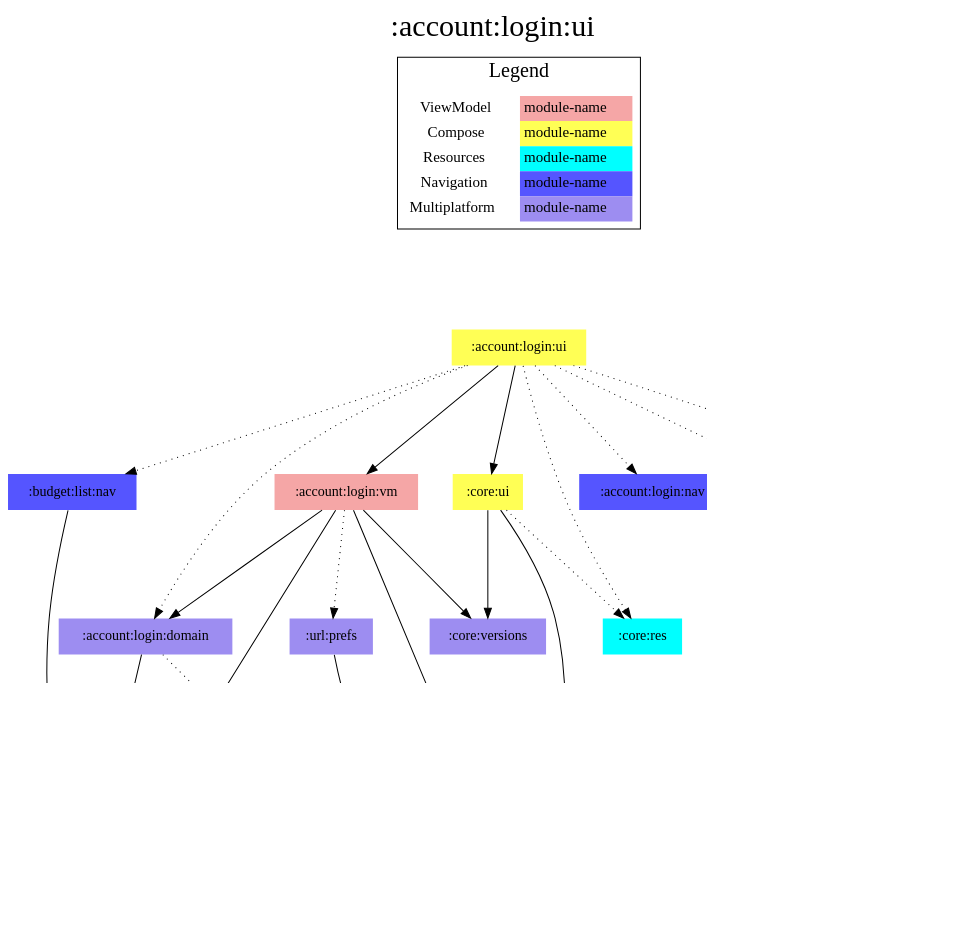
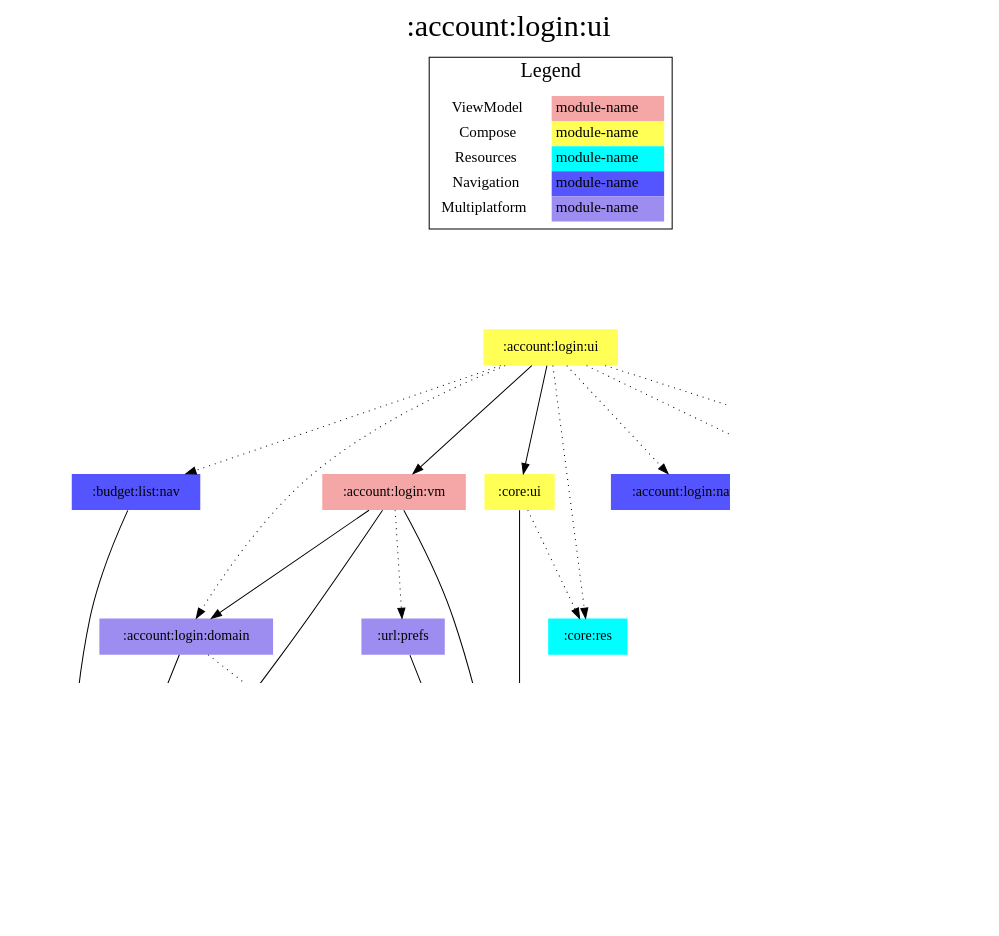
The diagram in modules/account/login/ui/modules.dot (jonapoul/aktual), drawn with Graphviz before and after one commit. The commit also changed 59 other files, not shown here.

Commit message:
core:versions -> core:model

```diff
--- a/modules/account/login/ui/modules.dot
+++ b/modules/account/login/ui/modules.dot
@@ -1,62 +1,59 @@
 digraph {
 edge ["dir"="forward"]
 graph ["dpi"="100","label"=":account:login:ui","labelloc"="t","fontsize"="30","ranksep"="1.5","rankdir"="TB"]
 node ["style"="filled"]
 ":account:login:domain" ["fillcolor"="#9D8DF1","shape"="none"]
 ":account:login:nav" ["fillcolor"="#5555FF","shape"="none"]
 ":account:login:res" ["fillcolor"="#00FFFF","shape"="none"]
 ":account:login:ui" ["fillcolor"="#FFFF55","shape"="none"]
 ":account:login:vm" ["fillcolor"="#F5A6A6","shape"="none"]
 ":account:model" ["fillcolor"="#9D8DF1","shape"="none"]
 ":api:actual" ["fillcolor"="#9D8DF1","shape"="none"]
 ":budget:list:nav" ["fillcolor"="#5555FF","shape"="none"]
 ":budget:model" ["fillcolor"="#9D8DF1","shape"="none"]
 ":codegen:annotation" ["fillcolor"="#9D8DF1","shape"="none"]
 ":core:model" ["fillcolor"="#9D8DF1","shape"="none"]
 ":core:res" ["fillcolor"="#00FFFF","shape"="none"]
 ":core:ui" ["fillcolor"="#FFFF55","shape"="none"]
-":core:versions" ["fillcolor"="#9D8DF1","shape"="none"]
 ":url:nav" ["fillcolor"="#5555FF","shape"="none"]
 ":url:prefs" ["fillcolor"="#9D8DF1","shape"="none"]
 {
 edge ["dir"="none"]
 graph ["rank"="same"]
 }
 ":account:login:domain" -> ":account:model"
 ":account:login:domain" -> ":api:actual" ["style"="dotted"]
 ":account:login:ui" -> ":account:login:domain" ["style"="dotted"]
 ":account:login:ui" -> ":account:login:nav" ["style"="dotted"]
 ":account:login:ui" -> ":account:login:res" ["style"="dotted"]
 ":account:login:ui" -> ":account:login:vm"
 ":account:login:ui" -> ":budget:list:nav" ["style"="dotted"]
 ":account:login:ui" -> ":core:res" ["style"="dotted"]
 ":account:login:ui" -> ":core:ui"
 ":account:login:ui" -> ":url:nav" ["style"="dotted"]
 ":account:login:vm" -> ":account:login:domain"
 ":account:login:vm" -> ":account:model"
 ":account:login:vm" -> ":core:model"
-":account:login:vm" -> ":core:versions"
 ":account:login:vm" -> ":url:prefs" ["style"="dotted"]
 ":api:actual" -> ":account:model"
 ":api:actual" -> ":budget:model"
 ":api:actual" -> ":codegen:annotation" ["style"="dotted"]
 ":api:actual" -> ":core:model"
 ":budget:list:nav" -> ":account:model"
 ":core:ui" -> ":core:model"
 ":core:ui" -> ":core:res" ["style"="dotted"]
-":core:ui" -> ":core:versions"
 ":url:prefs" -> ":core:model"
 subgraph "cluster_legend" {
 edge ["dir"="none"]
 graph ["label"="Legend","fontsize"="20"]
 "Legend" ["style"="filled","fillcolor"="#FFFFFF","shape"="none","margin"="0","fontsize"="15","label"=<
 <TABLE BORDER="0" CELLBORDER="0" CELLSPACING="0" CELLPADDING="4">
 <TR><TD>ViewModel</TD><TD BGCOLOR="#F5A6A6">module-name</TD></TR>
 <TR><TD>Compose</TD><TD BGCOLOR="#FFFF55">module-name</TD></TR>
 <TR><TD>Resources</TD><TD BGCOLOR="#00FFFF">module-name</TD></TR>
 <TR><TD>Navigation</TD><TD BGCOLOR="#5555FF">module-name</TD></TR>
 <TR><TD>Multiplatform</TD><TD BGCOLOR="#9D8DF1">module-name</TD></TR>
 </TABLE>
 >]
 } -> ":account:login:ui" ["style"="invis"]
 }
```
